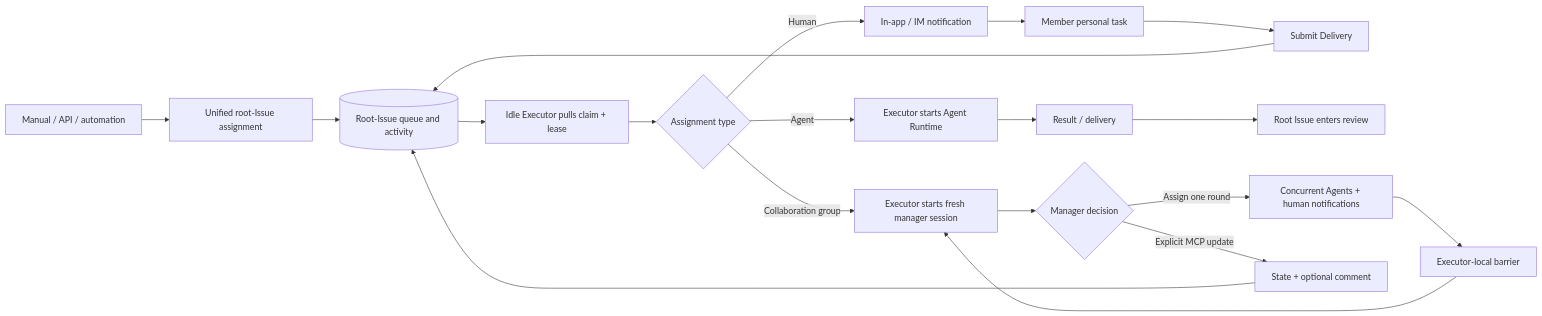
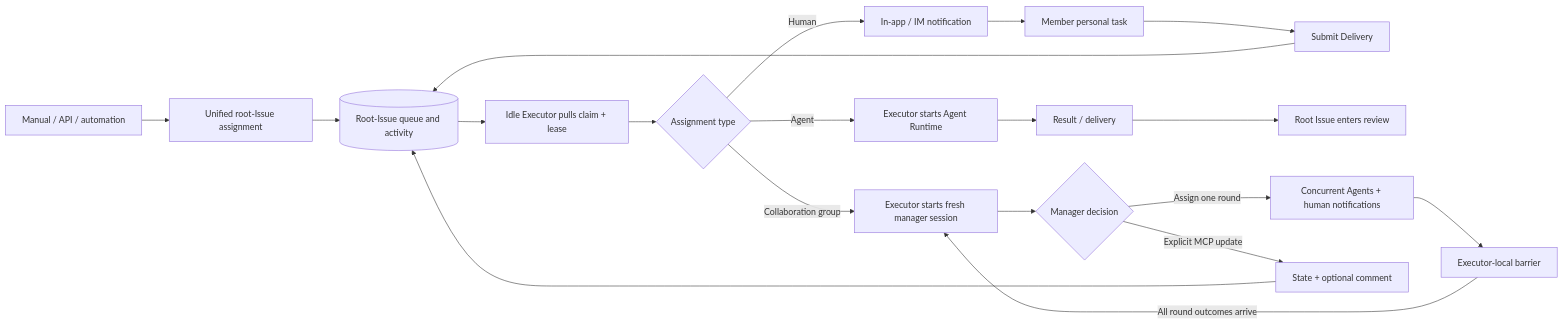
Before and after one commit to wecode-ai/wegent-docs: the first of 4 diagrams in docs/wegent/developer-guide/cloud-project-collaboration.md, drawn with Mermaid. The commit also changed other lines of this file and 3 other files, not shown here.

````diff
--- a/docs/wegent/developer-guide/cloud-project-collaboration.md
+++ b/docs/wegent/developer-guide/cloud-project-collaboration.md
@@ -138,21 +140,21 @@
 ```mermaid
 flowchart LR
     TRIGGER[Manual / API / automation] --> ASSIGN[Unified root-Issue assignment]
     ASSIGN --> ROOT[(Root-Issue queue and activity)]
     ROOT --> CLAIM[Idle Executor pulls claim + lease]
     CLAIM --> KIND{Assignment type}
     KIND -->|Human| NOTICE[In-app / IM notification]
     NOTICE --> PERSONAL[Member personal task]
     PERSONAL --> DELIVERY[Submit Delivery]
     DELIVERY --> ROOT
     KIND -->|Agent| AGENT[Executor starts Agent Runtime]
     AGENT --> RESULT[Result / delivery]
     RESULT --> REVIEW[Root Issue enters review]
     KIND -->|Collaboration group| MANAGER[Executor starts fresh manager session]
     MANAGER --> PLAN{Manager decision}
     PLAN -->|Assign one round| BATCH[Concurrent Agents + human notifications]
     BATCH --> BARRIER[Executor-local barrier]
-    BARRIER --> MANAGER
+    BARRIER -->|All round outcomes arrive| MANAGER
     PLAN -->|Explicit MCP update| STATUS[State + optional comment]
     STATUS --> ROOT
 ```
````
